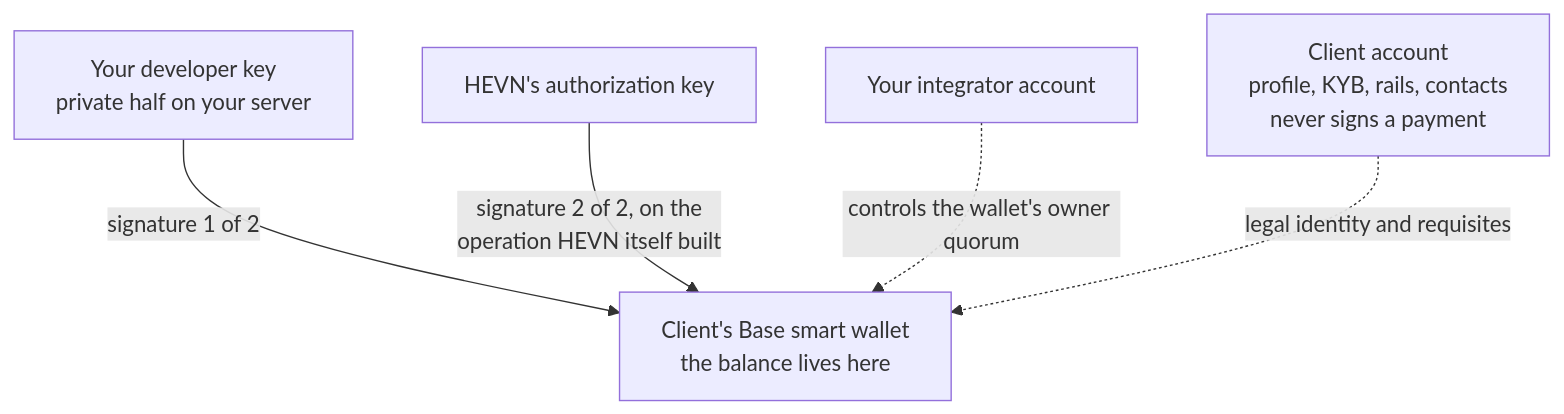
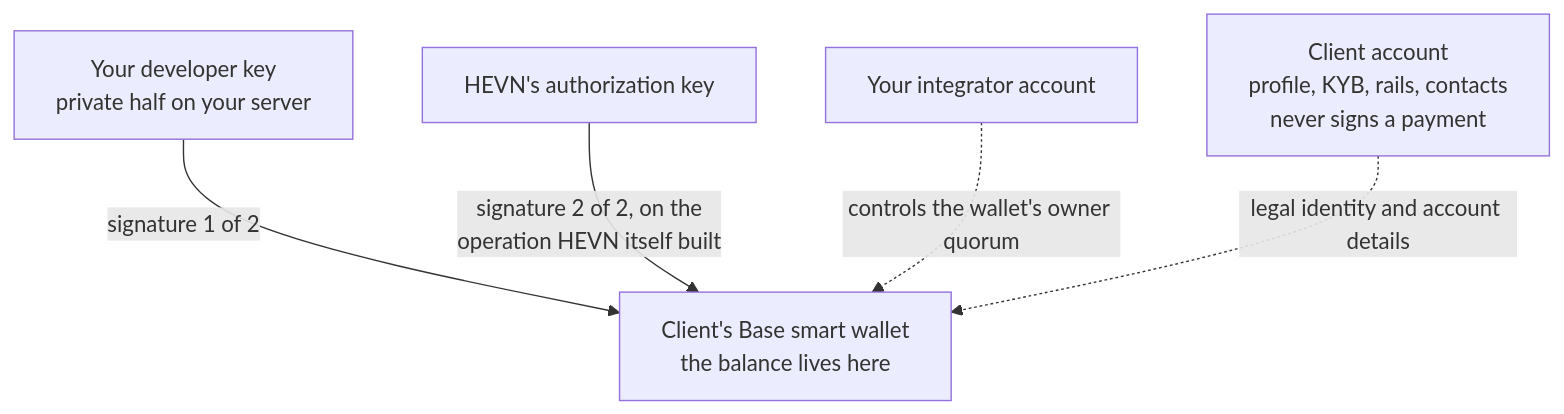
The diagram in whitelabel/accounts-and-control.mdx (hevn-inc/docs), drawn with Mermaid before and after one commit. The commit also changed 35 other files, not shown here.

````diff
--- a/whitelabel/accounts-and-control.mdx
+++ b/whitelabel/accounts-and-control.mdx
@@ -9,12 +9,12 @@
 ```mermaid
 flowchart TB
     DK["Your developer key<br/>private half on your server"]
     HK["HEVN's authorization key"]
     IA["Your integrator account"]
     CA["Client account<br/>profile, KYB, rails, contacts<br/>never signs a payment"]
     W["Client's Base smart wallet<br/>the balance lives here"]
     DK -->|"signature 1 of 2"| W
     HK -->|"signature 2 of 2, on the<br/>operation HEVN itself built"| W
     IA -.->|"controls the wallet's owner quorum"| W
-    CA -.->|"legal identity and requisites"| W
+    CA -.->|"legal identity and account details"| W
 ```
````
